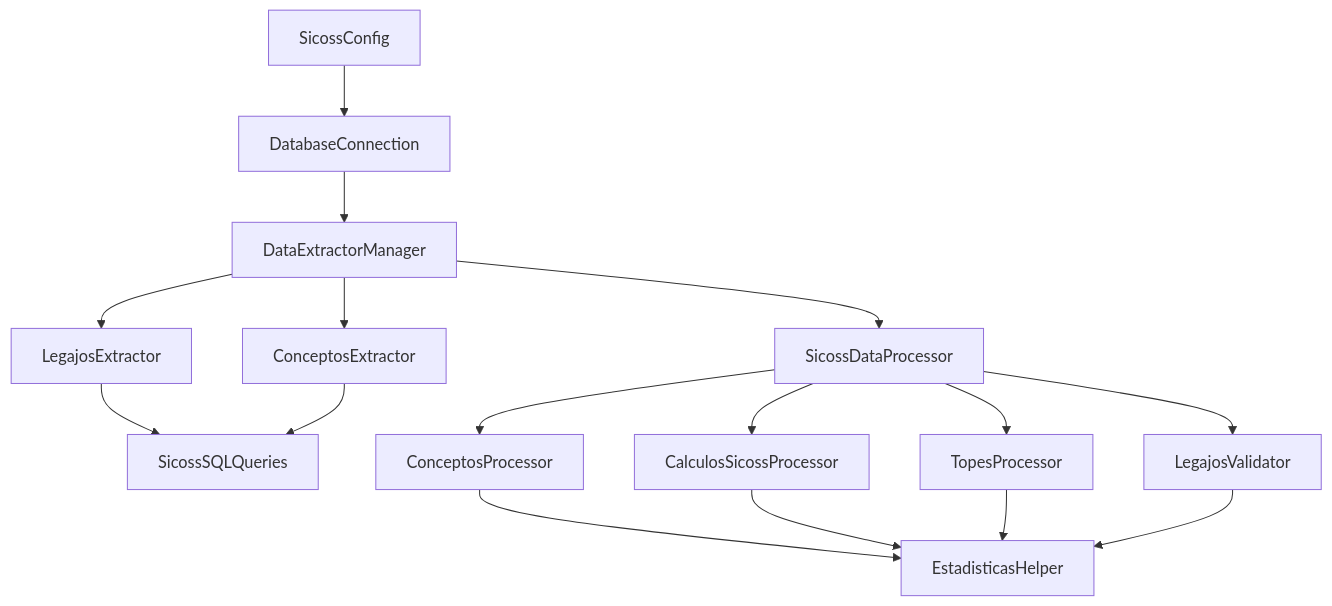
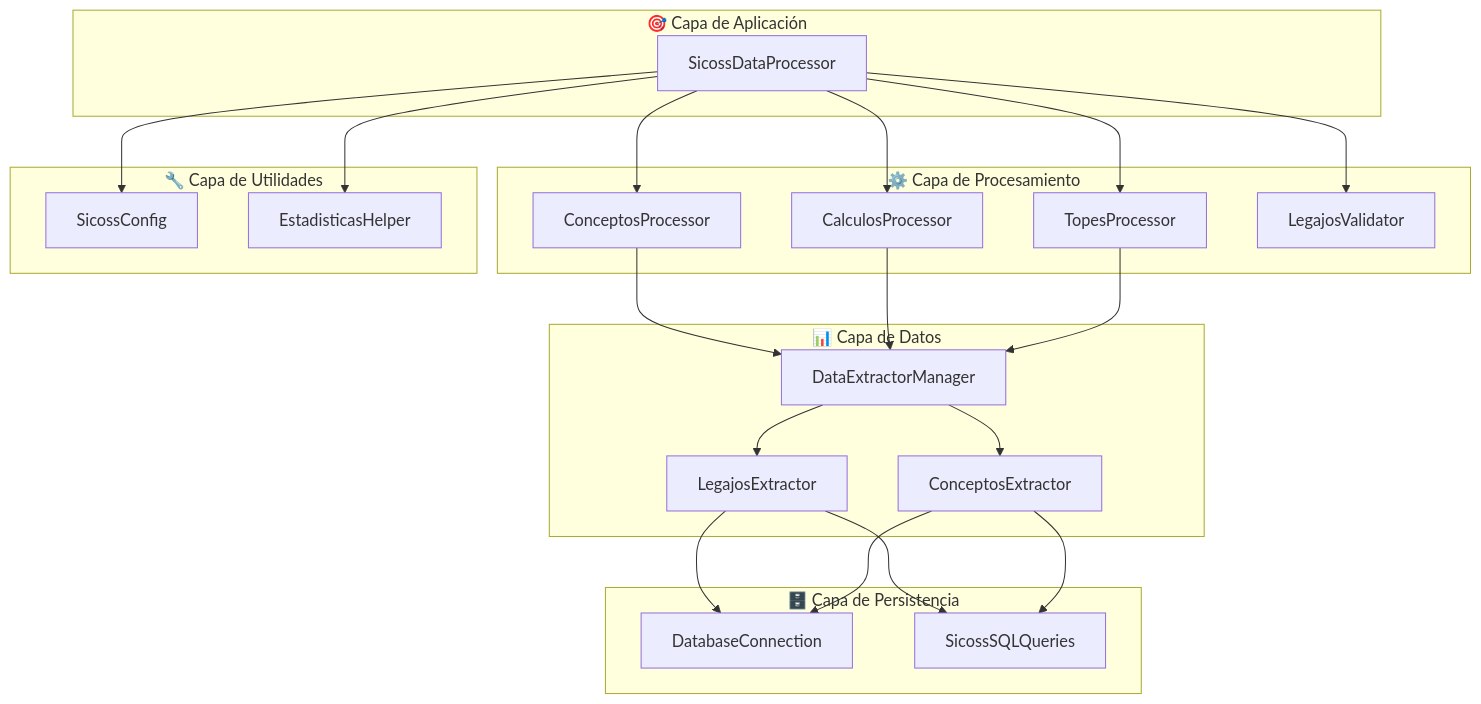
Before and after one commit to cristianfloyd/sicoss_backend: the diagram in REFACTORED_CLASSES_README.md, drawn with Mermaid. The commit also changed other lines of this file and 37 other files, not shown here.

First line of the commit message:
feat: Completar migración de SICOSS de PHP a Python y establecer operaciones de base de datos

````diff
--- a/REFACTORED_CLASSES_README.md
+++ b/REFACTORED_CLASSES_README.md
@@ -158,18 +326,45 @@
 ```mermaid
-graph TD
-    A[SicossConfig] --> B[DatabaseConnection]
-    B --> C[DataExtractorManager]
-    C --> D[LegajosExtractor]
-    C --> E[ConceptosExtractor]
-    D --> F[SicossSQLQueries]
-    E --> F
-    C --> G[SicossDataProcessor]
-    G --> H[ConceptosProcessor]
-    G --> I[CalculosSicossProcessor]
-    G --> J[TopesProcessor]
-    G --> K[LegajosValidator]
-    H --> L[EstadisticasHelper]
-    I --> L
-    J --> L
-    K --> L
+graph TB
+    subgraph "🎯 Capa de Aplicación"
+        A[SicossDataProcessor]
+    end
+    
+    subgraph "⚙️ Capa de Procesamiento"
+        B[ConceptosProcessor]
+        C[CalculosProcessor]
+        D[TopesProcessor]
+        E[LegajosValidator]
+    end
+    
+    subgraph "📊 Capa de Datos"
+        F[DataExtractorManager]
+        G[LegajosExtractor]
+        H[ConceptosExtractor]
+    end
+    
+    subgraph "🗄️ Capa de Persistencia"
+        I[DatabaseConnection]
+        J[SicossSQLQueries]
+    end
+    
+    subgraph "🔧 Capa de Utilidades"
+        K[SicossConfig]
+        L[EstadisticasHelper]
+    end
+    
+    A --> B
+    A --> C
+    A --> D
+    A --> E
+    B --> F
+    C --> F
+    D --> F
+    F --> G
+    F --> H
+    G --> I
+    H --> I
+    G --> J
+    H --> J
+    A --> K
+    A --> L
 ```
````
